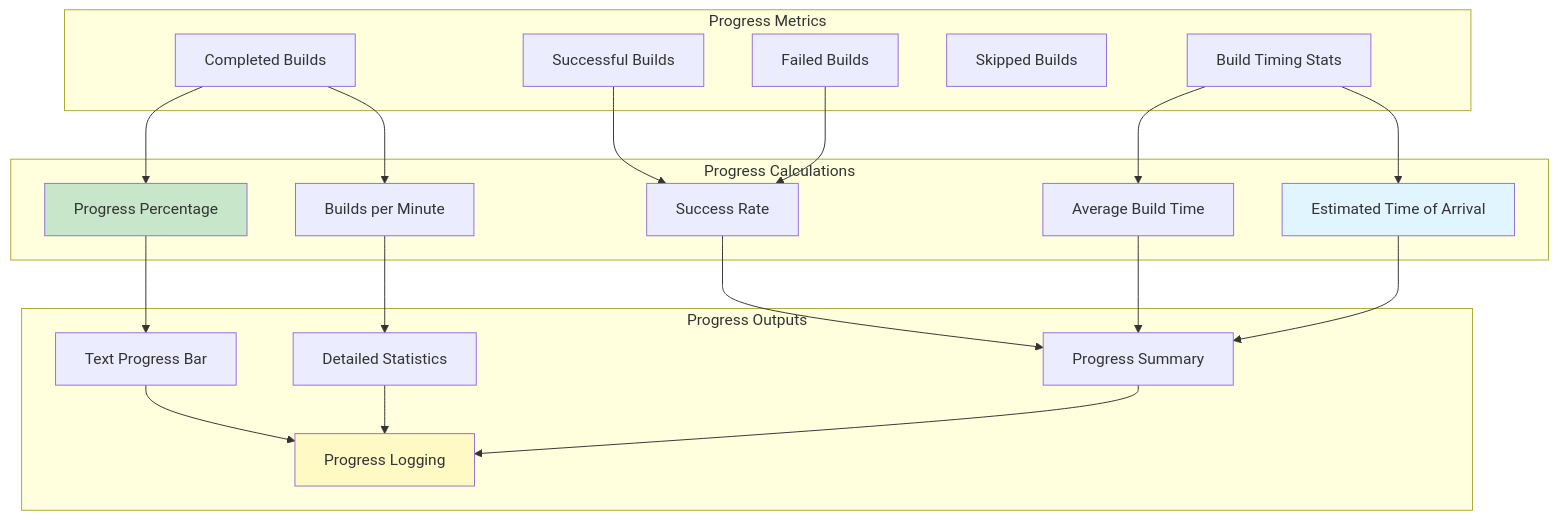
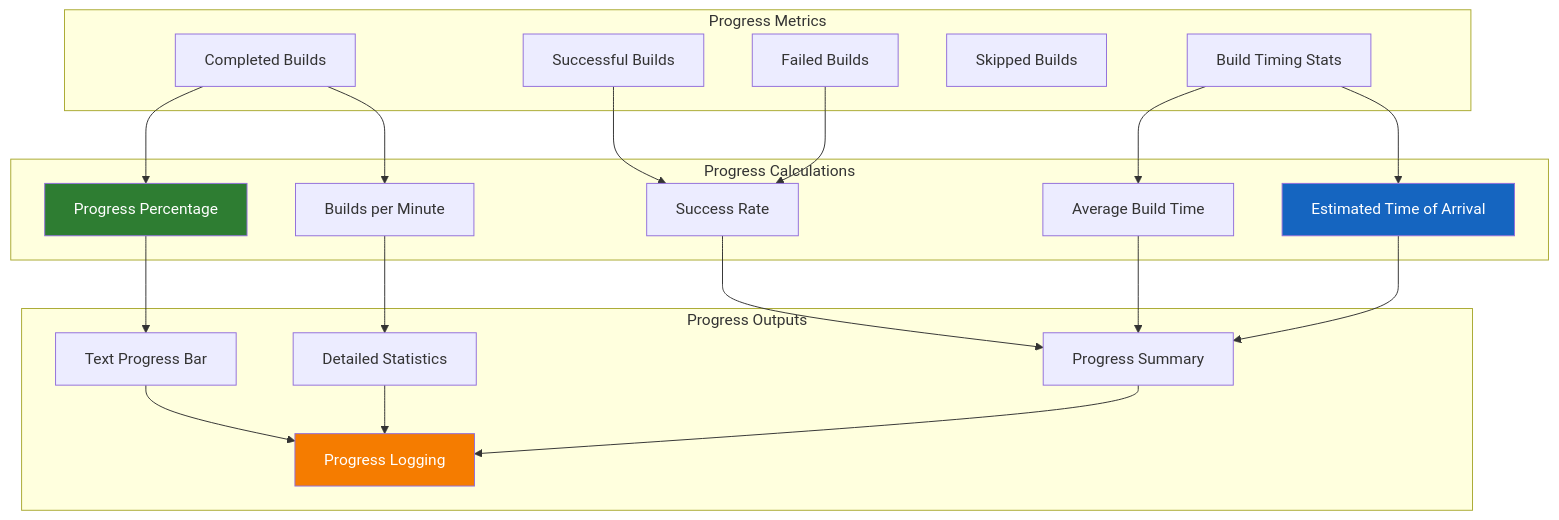
One commit to microsoft/Brainsmith changed the eighth of 9 diagrams in brainsmith/core/phase2/PHASE2_ARCHITECTURE.md. Above: the diagram before and after it, drawn with Mermaid. The commit also changed other lines of this file and 40 other files, not shown here.

````diff
--- a/brainsmith/core/phase2/PHASE2_ARCHITECTURE.md
+++ b/brainsmith/core/phase2/PHASE2_ARCHITECTURE.md
@@ -441,46 +439,46 @@
 ```mermaid
 graph TB
     subgraph "Progress Metrics"
         COMP[Completed Builds]
         SUCC[Successful Builds]
         FAIL[Failed Builds]
         SKIP[Skipped Builds]
         TIME[Build Timing Stats]
     end
     
     subgraph "Progress Calculations"
         PCT[Progress Percentage]
         RATE[Success Rate]
         AVG[Average Build Time]
         ETA[Estimated Time of Arrival]
         SPEED[Builds per Minute]
     end
     
     subgraph "Progress Outputs"
         BAR[Text Progress Bar]
         SUMMARY[Progress Summary]
         DETAILED[Detailed Statistics]
         LOGS[Progress Logging]
     end
     
     COMP --> PCT
     SUCC --> RATE
     FAIL --> RATE
     TIME --> AVG
     TIME --> ETA
     COMP --> SPEED
     
     PCT --> BAR
     RATE --> SUMMARY
     AVG --> SUMMARY
     ETA --> SUMMARY
     SPEED --> DETAILED
     
     BAR --> LOGS
     SUMMARY --> LOGS
     DETAILED --> LOGS
     
-    style PCT fill:#c8e6c9
-    style ETA fill:#e1f5fe
-    style LOGS fill:#fff9c4
+    style PCT fill:#2e7d32,color:#fff
+    style ETA fill:#1565c0,color:#fff
+    style LOGS fill:#f57c00,color:#fff
 ```
````
